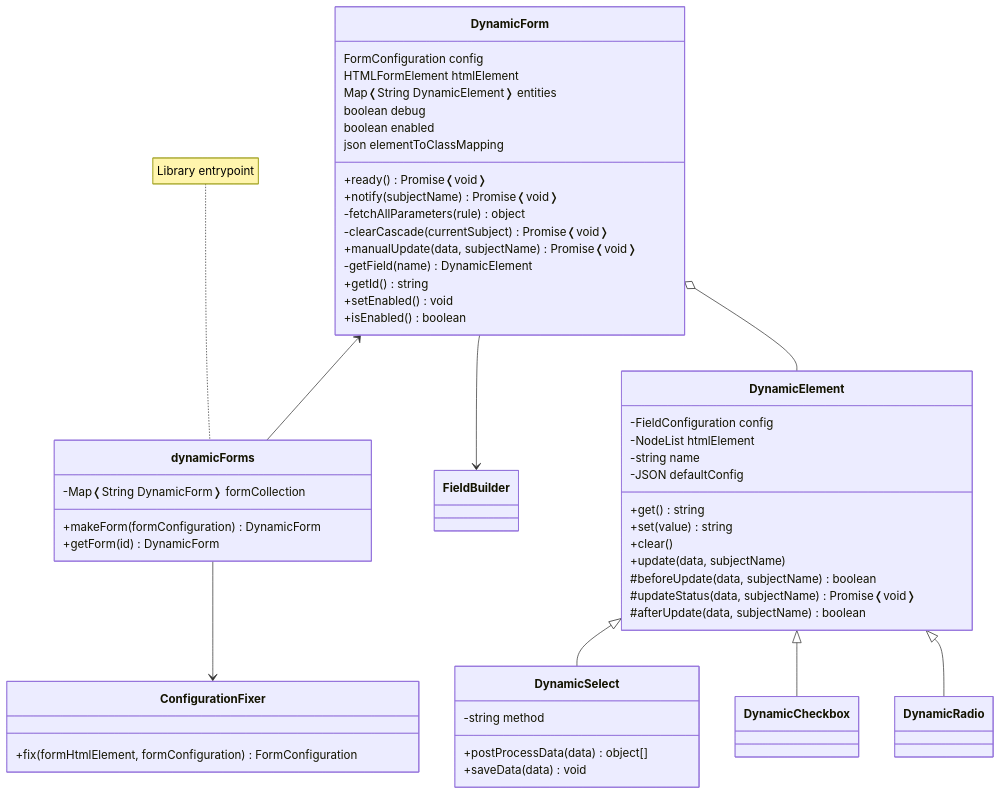
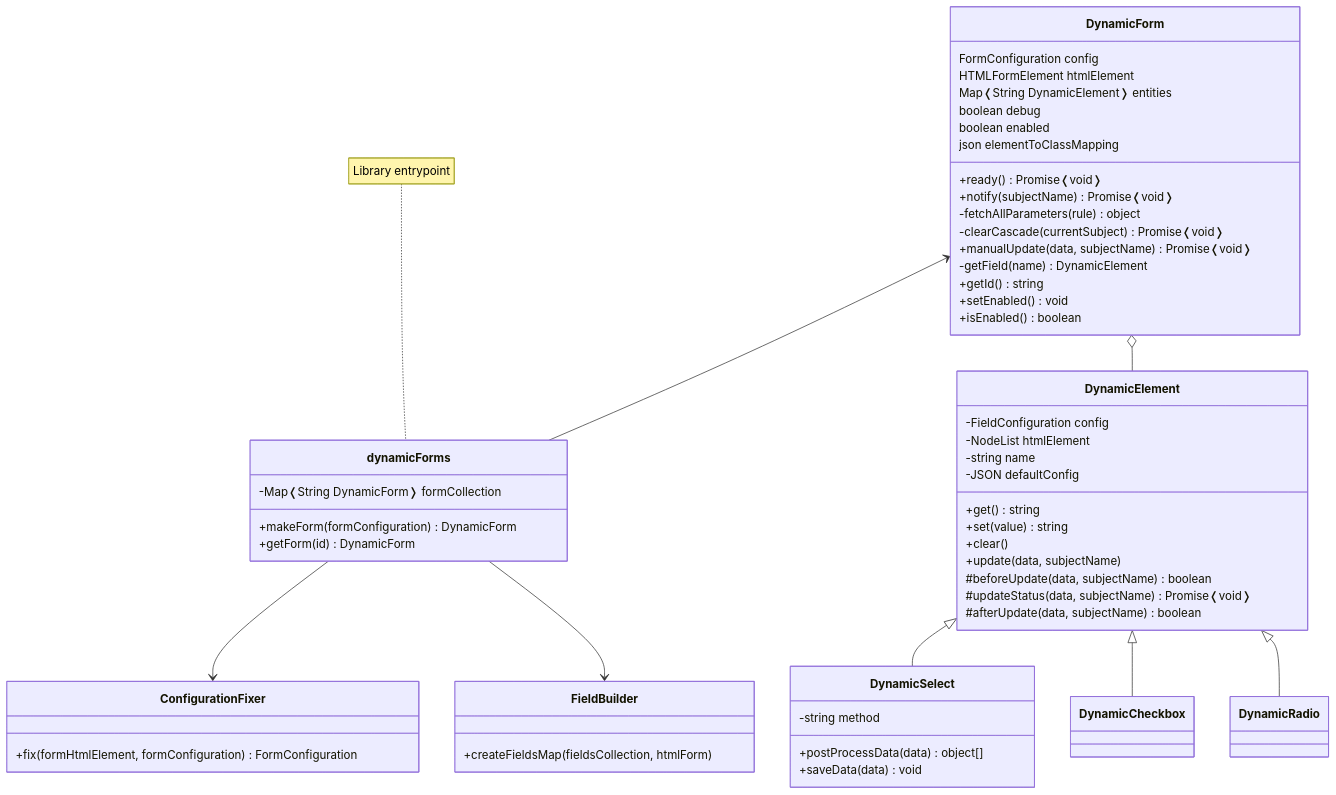
Before and after one commit to simomosi/dynamic-forms: the diagram in docs/dev/contribute.md, drawn with Mermaid. The commit also changed other lines of this file, not shown here.

Commit message:
Updated class diagram and the descriptions a bit

````diff
--- a/docs/dev/contribute.md
+++ b/docs/dev/contribute.md
@@ -33,69 +33,69 @@
 ```mermaid
 classDiagram
 
     class DynamicForm {
         FormConfiguration config
         HTMLFormElement htmlElement
         Map❬String DynamicElement❭ entities
         boolean debug
         boolean enabled
         json elementToClassMapping
 
         +ready() Promise❬void❭
         +notify(subjectName) Promise❬void❭
         -fetchAllParameters(rule) object
         -clearCascade(currentSubject) Promise❬void❭
         +manualUpdate(data, subjectName) Promise❬void❭
         -getField(name) DynamicElement
         +getId() string
         +setEnabled() void
         +isEnabled() boolean
     }
 
     class dynamicForms {
         -Map❬String DynamicForm❭ formCollection
         +makeForm(formConfiguration) DynamicForm
         +getForm(id) DynamicForm
     }
 
     note for dynamicForms "Library entrypoint"
 
     class ConfigurationFixer {
         +fix(formHtmlElement, formConfiguration) FormConfiguration
     }
 
-
     class FieldBuilder {
-
+        +createFieldsMap(fieldsCollection, htmlForm)
     }
-
 
     class DynamicElement {
         -FieldConfiguration config
         -NodeList htmlElement
         -string name
         -JSON defaultConfig
         +get() string
         +set(value) string
         +clear()
         +update(data, subjectName)
         #beforeUpdate(data, subjectName) boolean
         #updateStatus(data, subjectName) Promise❬void❭
         #afterUpdate(data, subjectName) boolean
     }
 
     class DynamicSelect {
         -string method
         +postProcessData(data) object[]
         +saveData(data) void
     }
 
     dynamicForms --> ConfigurationFixer
-    DynamicForm --> FieldBuilder
+    dynamicForms --> FieldBuilder
+
     DynamicForm <-- dynamicForms
     DynamicForm o-- DynamicElement
+
     DynamicElement <|-- DynamicSelect
     DynamicElement <|-- DynamicCheckbox
     DynamicElement <|-- DynamicRadio
 
 ```
````
